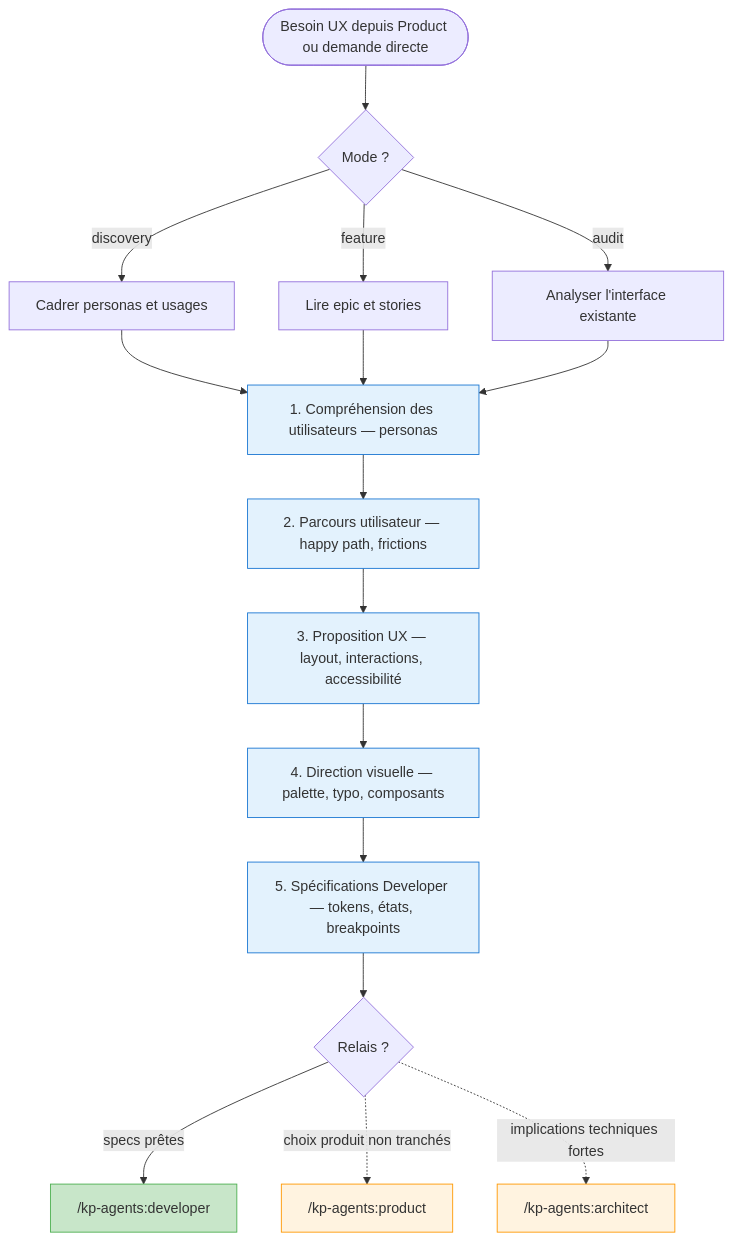
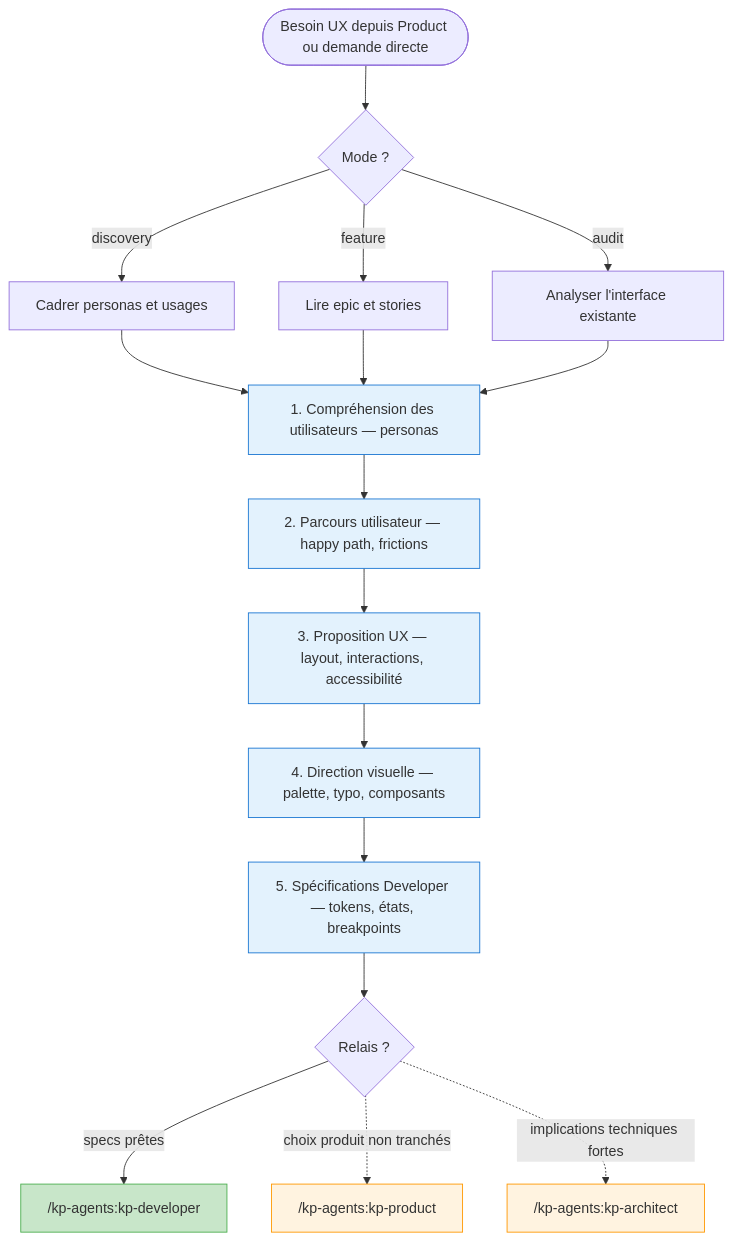
Before and after one commit to KeyProd/kp-agents: the eighth of 9 diagrams in docs/agents.md, drawn with Mermaid. The commit also changed other lines of this file and 129 other files, not shown here.

````diff
--- a/docs/agents.md
+++ b/docs/agents.md
@@ -396,39 +396,39 @@
 ```mermaid
 flowchart TD
     START([Besoin UX depuis Product ou demande directe]) --> MODE{Mode ?}
     MODE -->|discovery| QUESTIONS[Cadrer personas et usages]
     MODE -->|feature| READ_EPIC[Lire epic et stories]
     MODE -->|audit| ANALYSE_UI[Analyser l'interface existante]
     QUESTIONS --> USERS
     READ_EPIC --> USERS
     ANALYSE_UI --> USERS
 
     USERS[1. Compréhension des utilisateurs — personas]
     USERS --> PARCOURS
 
     PARCOURS[2. Parcours utilisateur — happy path, frictions]
     PARCOURS --> UX
 
     UX[3. Proposition UX — layout, interactions, accessibilité]
     UX --> VISUAL
 
     VISUAL[4. Direction visuelle — palette, typo, composants]
     VISUAL --> SPECS
 
     SPECS[5. Spécifications Developer — tokens, états, breakpoints]
     SPECS --> OUT
 
     OUT{Relais ?}
-    OUT -->|specs prêtes| DEV["/kp-agents:developer"]
-    OUT -.->|choix produit non tranchés| PRODUCT["/kp-agents:product"]
-    OUT -.->|implications techniques fortes| ARCHITECT["/kp-agents:architect"]
+    OUT -->|specs prêtes| DEV["/kp-agents:kp-developer"]
+    OUT -.->|choix produit non tranchés| PRODUCT["/kp-agents:kp-product"]
+    OUT -.->|implications techniques fortes| ARCHITECT["/kp-agents:kp-architect"]
 
     style USERS fill:#e3f2fd,stroke:#1976D2
     style PARCOURS fill:#e3f2fd,stroke:#1976D2
     style UX fill:#e3f2fd,stroke:#1976D2
     style VISUAL fill:#e3f2fd,stroke:#1976D2
     style SPECS fill:#e3f2fd,stroke:#1976D2
     style DEV fill:#c8e6c9,stroke:#4CAF50
     style PRODUCT fill:#fff3e0,stroke:#FF9800
     style ARCHITECT fill:#fff3e0,stroke:#FF9800
 ```
````
